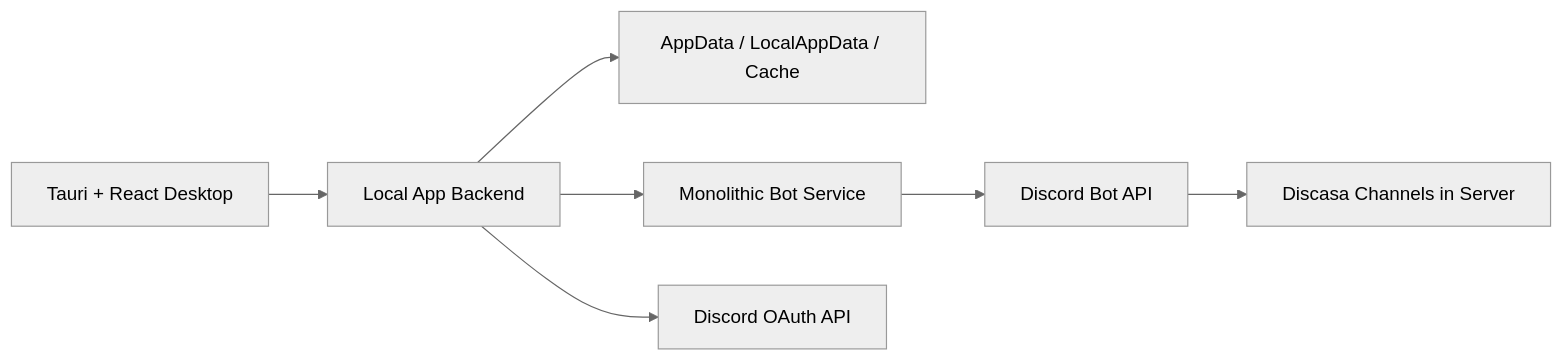
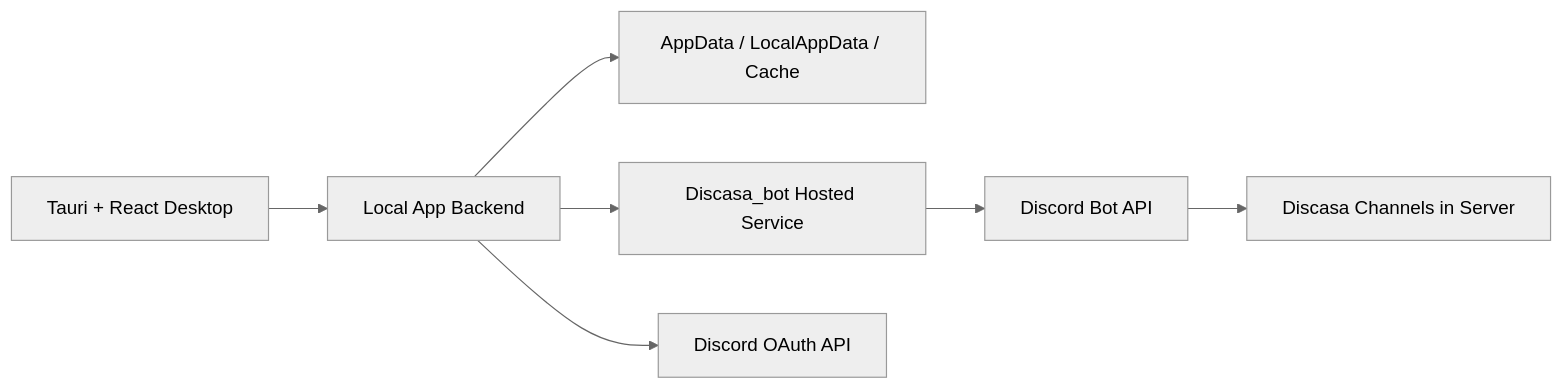
Before and after one commit to andersomviolao/discasa: the diagram in documentation.md, drawn with Mermaid (neutral theme). The commit also changed other lines of this file and 20 other files, not shown here.

````diff
--- a/documentation.md
+++ b/documentation.md
@@ -116,9 +115,9 @@
 ```mermaid
 flowchart LR
   UI["Tauri + React Desktop"] --> Server["Local App Backend"]
   Server --> LocalData["AppData / LocalAppData / Cache"]
-  Server --> Bot["Monolithic Bot Service"]
+  Server --> Bot["Discasa_bot Hosted Service"]
   Server --> DiscordOAuth["Discord OAuth API"]
   Bot --> DiscordBot["Discord Bot API"]
   DiscordBot --> Channels["Discasa Channels in Server"]
 ```
````
